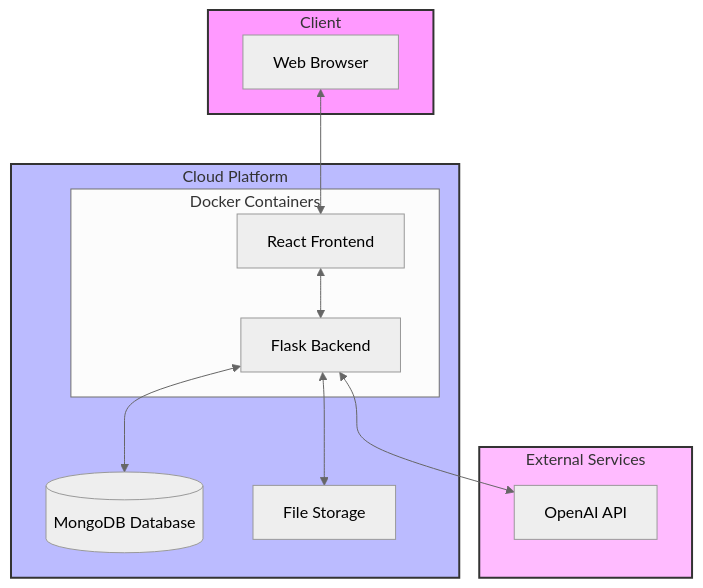
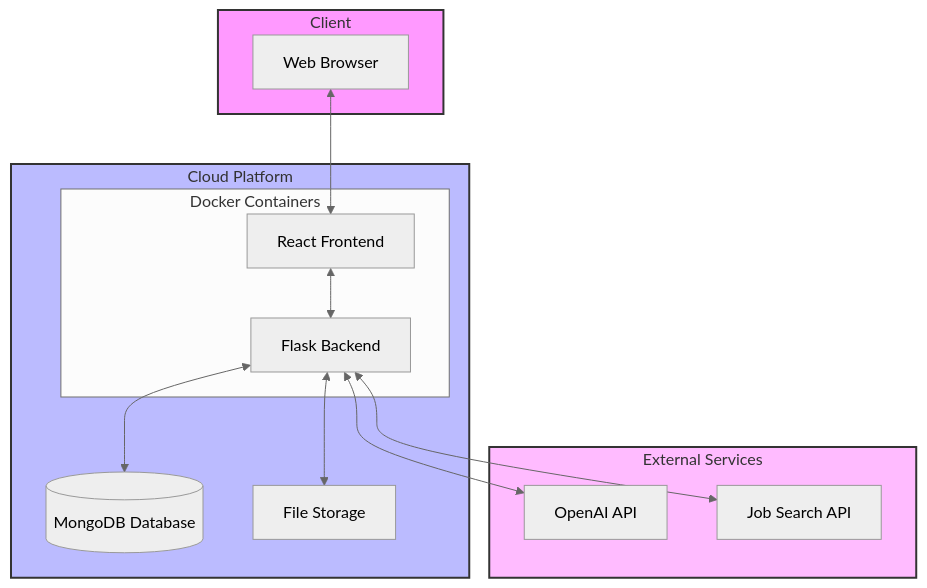
One commit to QiushiZhou/resumeAPI changed diagram 12 of 12 in project_flow_diagram.md. Above: the diagram before and after it, drawn with Mermaid (neutral theme). The commit also changed other lines of this file and 3 other files, not shown here.

Commit message:
feat: update project flow diagram with API documentation and add job search page

````diff
--- a/project_flow_diagram.md
+++ b/project_flow_diagram.md
@@ -315,31 +489,33 @@
 ```mermaid
 flowchart TB
     subgraph Client[Client]
         Browser[Web Browser]
     end
     
     subgraph Cloud["Cloud Platform"]
         subgraph Container["Docker Containers"]
             Frontend[React Frontend]
             Backend[Flask Backend]
         end
         
         Database[(MongoDB Database)]
         
         Storage[File Storage]
     end
     
     subgraph ExternalServices["External Services"]
         OpenAI[OpenAI API]
+        JobAPI[Job Search API]
     end
     
     Browser <--> Frontend
     Frontend <--> Backend
     Backend <--> Database
     Backend <--> Storage
     Backend <--> OpenAI
+    Backend <--> JobAPI
     
     style Client fill:#f9f,stroke:#333,stroke-width:2px
     style Cloud fill:#bbf,stroke:#333,stroke-width:2px
     style ExternalServices fill:#fbf,stroke:#333,stroke-width:2px
 ``` 
````
